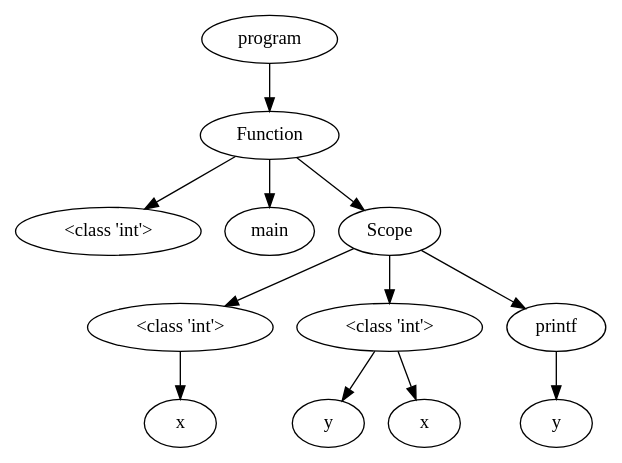
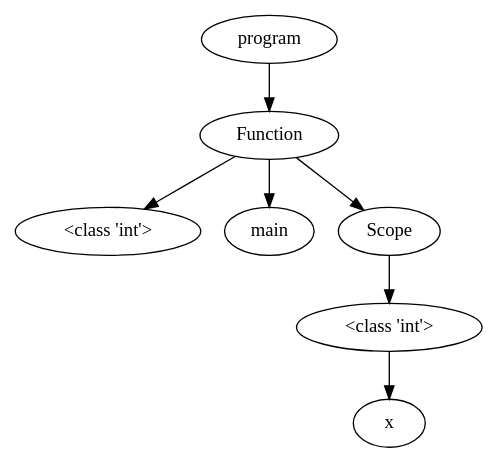
Before and after one commit to NielsVandenBroeck/COMP_Compiler: the diagram in OutputFiles/dotVisualization.dot, drawn with Graphviz. The commit also changed 11 other files, not shown here.

```diff
--- a/OutputFiles/dotVisualization.dot
+++ b/OutputFiles/dotVisualization.dot
@@ -1,30 +1,18 @@
 digraph G { 
-"<AST.AST object at 0x00000204F60DBD30> (0)"[label="program"]
-"<AST.ASTFunction object at 0x00000204F60DBA30> (1)"[label="Function"]
-"<AST.AST object at 0x00000204F60DBD30> (0)"->"<AST.ASTFunction object at 0x00000204F60DBA30> (1)"
-"<AST.ASTFunction object at 0x00000204F60DBA30> (1)"[label="Function"]
-"<AST.ASTDataType object at 0x00000204F60DB6A0> (2)"[label="<class 'int'>"]
-"<AST.ASTFunction object at 0x00000204F60DBA30> (1)"->"<AST.ASTDataType object at 0x00000204F60DB6A0> (2)"
-"<AST.ASTFunctionName object at 0x00000204F60DB040> (2)"[label="main"]
-"<AST.ASTFunction object at 0x00000204F60DBA30> (1)"->"<AST.ASTFunctionName object at 0x00000204F60DB040> (2)"
-"<AST.ASTScope object at 0x00000204F60DB5B0> (2)"[label="Scope"]
-"<AST.ASTFunction object at 0x00000204F60DBA30> (1)"->"<AST.ASTScope object at 0x00000204F60DB5B0> (2)"
-"<AST.ASTScope object at 0x00000204F60DB5B0> (2)"[label="Scope"]
-"<AST.ASTDataType object at 0x00000204F60DB1F0> (3)"[label="<class 'int'>"]
-"<AST.ASTScope object at 0x00000204F60DB5B0> (2)"->"<AST.ASTDataType object at 0x00000204F60DB1F0> (3)"
-"<AST.ASTDataType object at 0x00000204F60DB1F0> (3)"[label="<class 'int'>"]
-"<AST.ASTVariable object at 0x00000204F60DB940> (4)"[label="x"]
-"<AST.ASTDataType object at 0x00000204F60DB1F0> (3)"->"<AST.ASTVariable object at 0x00000204F60DB940> (4)"
-"<AST.ASTDataType object at 0x00000204F60DB970> (3)"[label="<class 'int'>"]
-"<AST.ASTScope object at 0x00000204F60DB5B0> (2)"->"<AST.ASTDataType object at 0x00000204F60DB970> (3)"
-"<AST.ASTDataType object at 0x00000204F60DB970> (3)"[label="<class 'int'>"]
-"<AST.ASTVariable object at 0x00000204F60DB190> (4)"[label="y"]
-"<AST.ASTDataType object at 0x00000204F60DB970> (3)"->"<AST.ASTVariable object at 0x00000204F60DB190> (4)"
-"<AST.ASTVariable object at 0x00000204F60DB370> (4)"[label="x"]
-"<AST.ASTDataType object at 0x00000204F60DB970> (3)"->"<AST.ASTVariable object at 0x00000204F60DB370> (4)"
-"<AST.ASTPrintf object at 0x00000204F60DB340> (3)"[label="printf"]
-"<AST.ASTScope object at 0x00000204F60DB5B0> (2)"->"<AST.ASTPrintf object at 0x00000204F60DB340> (3)"
-"<AST.ASTPrintf object at 0x00000204F60DB340> (3)"[label="printf"]
-"<AST.ASTVariable object at 0x00000204F60DB1C0> (4)"[label="y"]
-"<AST.ASTPrintf object at 0x00000204F60DB340> (3)"->"<AST.ASTVariable object at 0x00000204F60DB1C0> (4)"
+"<AST.AST object at 0x000001CF22F8C100> (0)"[label="program"]
+"<AST.ASTFunction object at 0x000001CF22B44670> (1)"[label="Function"]
+"<AST.AST object at 0x000001CF22F8C100> (0)"->"<AST.ASTFunction object at 0x000001CF22B44670> (1)"
+"<AST.ASTFunction object at 0x000001CF22B44670> (1)"[label="Function"]
+"<AST.ASTDataType object at 0x000001CF22B44610> (2)"[label="<class 'int'>"]
+"<AST.ASTFunction object at 0x000001CF22B44670> (1)"->"<AST.ASTDataType object at 0x000001CF22B44610> (2)"
+"<AST.ASTFunctionName object at 0x000001CF22B44100> (2)"[label="main"]
+"<AST.ASTFunction object at 0x000001CF22B44670> (1)"->"<AST.ASTFunctionName object at 0x000001CF22B44100> (2)"
+"<AST.ASTScope object at 0x000001CF22B44910> (2)"[label="Scope"]
+"<AST.ASTFunction object at 0x000001CF22B44670> (1)"->"<AST.ASTScope object at 0x000001CF22B44910> (2)"
+"<AST.ASTScope object at 0x000001CF22B44910> (2)"[label="Scope"]
+"<AST.ASTDataType object at 0x000001CF22B446A0> (3)"[label="<class 'int'>"]
+"<AST.ASTScope object at 0x000001CF22B44910> (2)"->"<AST.ASTDataType object at 0x000001CF22B446A0> (3)"
+"<AST.ASTDataType object at 0x000001CF22B446A0> (3)"[label="<class 'int'>"]
+"<AST.ASTVariable object at 0x000001CF22B44790> (4)"[label="x"]
+"<AST.ASTDataType object at 0x000001CF22B446A0> (3)"->"<AST.ASTVariable object at 0x000001CF22B44790> (4)"
 }
```
